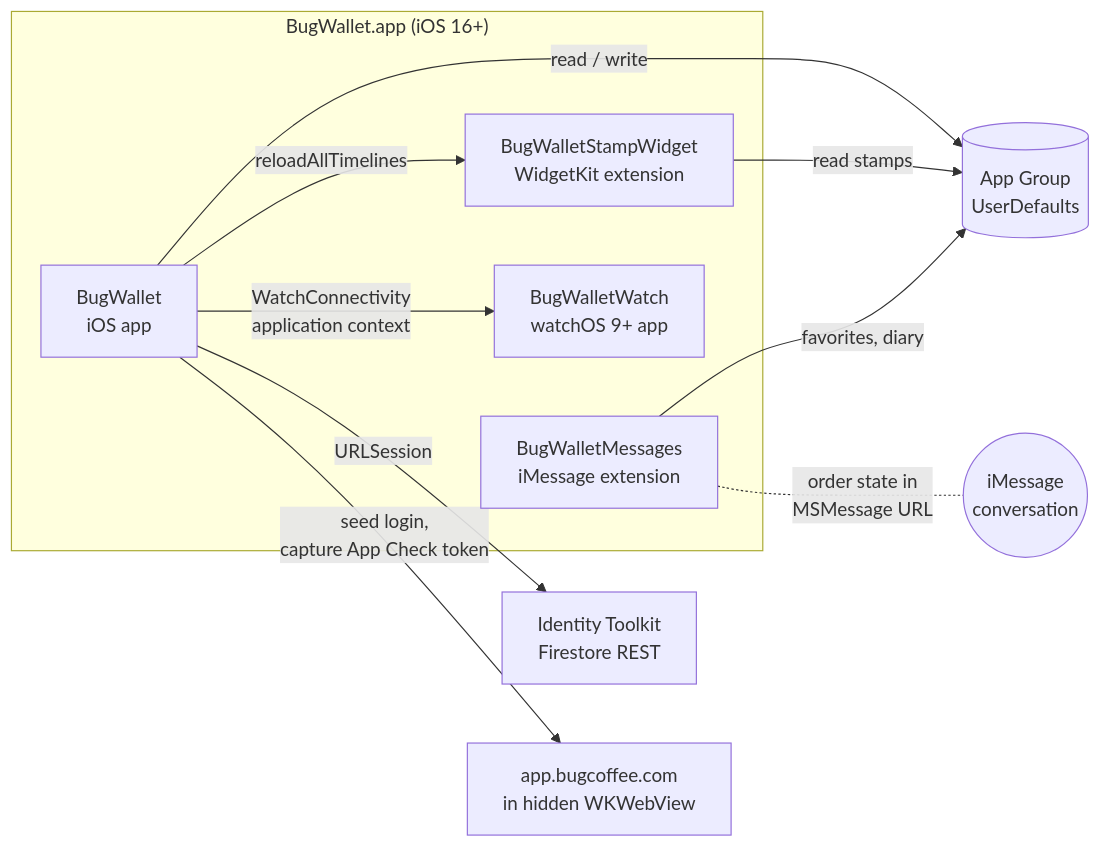
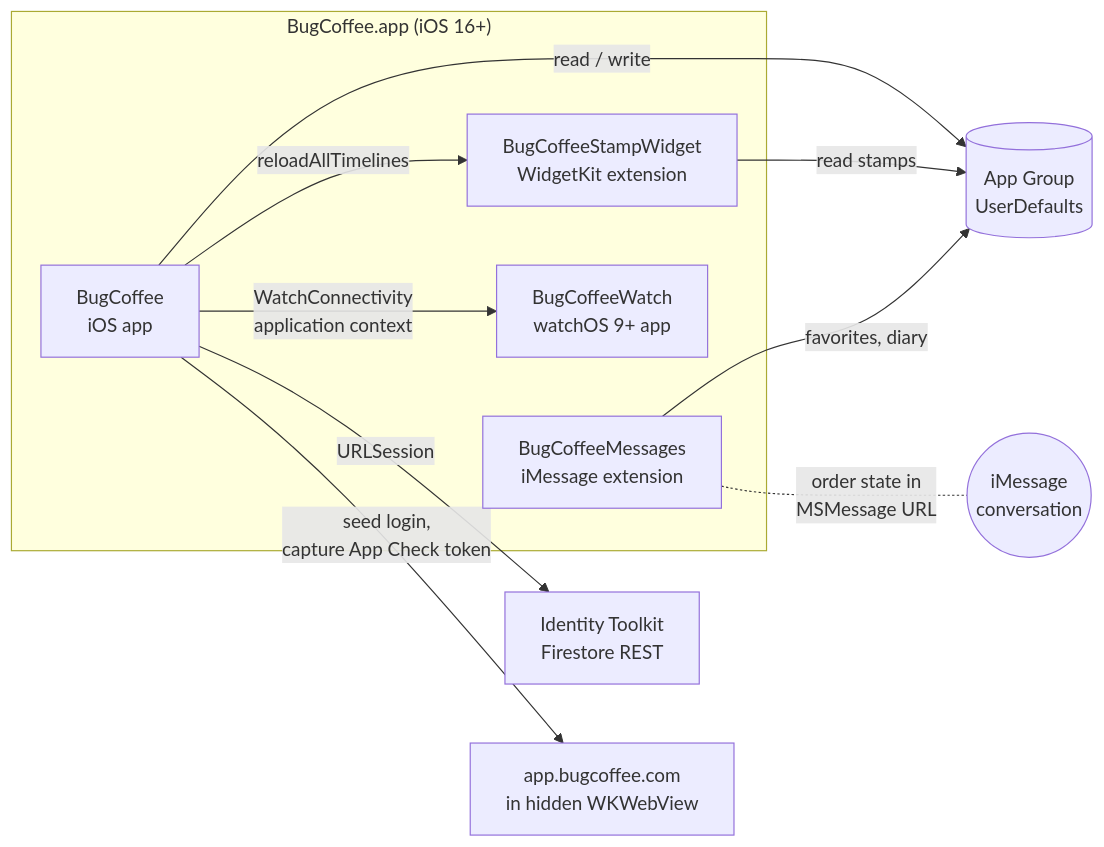
The diagram in docs/10-architecture.md (bugcoffeesofia/bug-coffee-ios), drawn with Mermaid before and after one commit. The commit also changed other lines of this file and 90 other files, not shown here.

````diff
--- a/docs/10-architecture.md
+++ b/docs/10-architecture.md
@@ -34,22 +34,22 @@
 ```mermaid
 flowchart LR
-    subgraph bundle["BugWallet.app (iOS 16+)"]
-        App["BugWallet<br/>iOS app"]
-        Widget["BugWalletStampWidget<br/>WidgetKit extension"]
-        Msg["BugWalletMessages<br/>iMessage extension"]
-        Watch["BugWalletWatch<br/>watchOS 9+ app"]
+    subgraph bundle["BugCoffee.app (iOS 16+)"]
+        App["BugCoffee<br/>iOS app"]
+        Widget["BugCoffeeStampWidget<br/>WidgetKit extension"]
+        Msg["BugCoffeeMessages<br/>iMessage extension"]
+        Watch["BugCoffeeWatch<br/>watchOS 9+ app"]
     end
 
     Group[("App Group<br/>UserDefaults")]
     Firebase["Identity Toolkit<br/>Firestore REST"]
     Web["app.bugcoffee.com<br/>in hidden WKWebView"]
 
     App -- "read / write" --> Group
     Widget -- "read stamps" --> Group
     Msg -- "favorites, diary" --> Group
     App -- "reloadAllTimelines" --> Widget
     App -- "WatchConnectivity<br/>application context" --> Watch
     App -- URLSession --> Firebase
     App -- "seed login,<br/>capture App Check token" --> Web
     Msg -. "order state in<br/>MSMessage URL" .- Chat(("iMessage<br/>conversation"))
 ```
````
